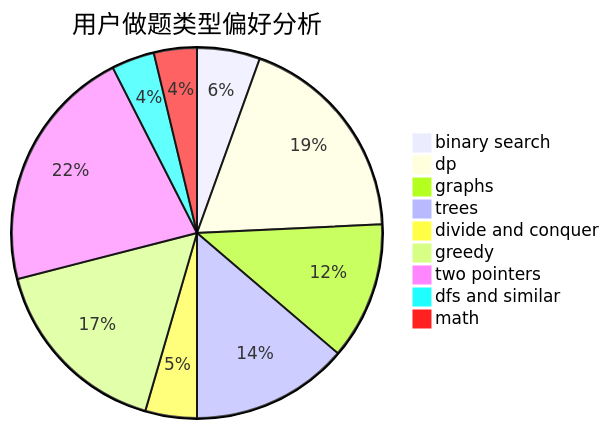
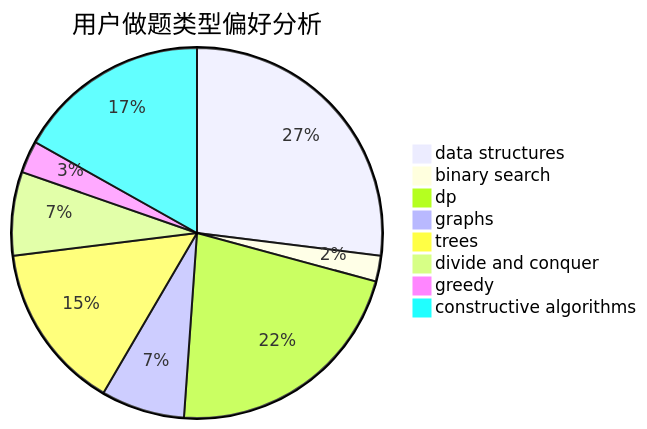
Before and after one commit to sherpahu/cfrs.github.io: the second of 3 diagrams in docs/user/u2481.md, drawn with Mermaid. The commit also changed other lines of this file and 2775 other files, not shown here.

````diff
--- a/docs/user/u2481.md
+++ b/docs/user/u2481.md
@@ -23,12 +23,11 @@
 ```mermaid
 pie title 用户做题类型偏好分析
-    "binary search" :  22
-    "dp" :  75
-    "graphs" :  48
-    "trees" :  55
-    "divide and conquer" :  18
-    "greedy" :  66
-    "two pointers" :  86
-    "dfs and similar" :  15
-    "math" :  15
+    "data structures" :  48
+    "binary search" :  4
+    "dp" :  39
+    "graphs" :  13
+    "trees" :  26
+    "divide and conquer" :  13
+    "greedy" :  5
+    "constructive algorithms" :  30
 ```
````
